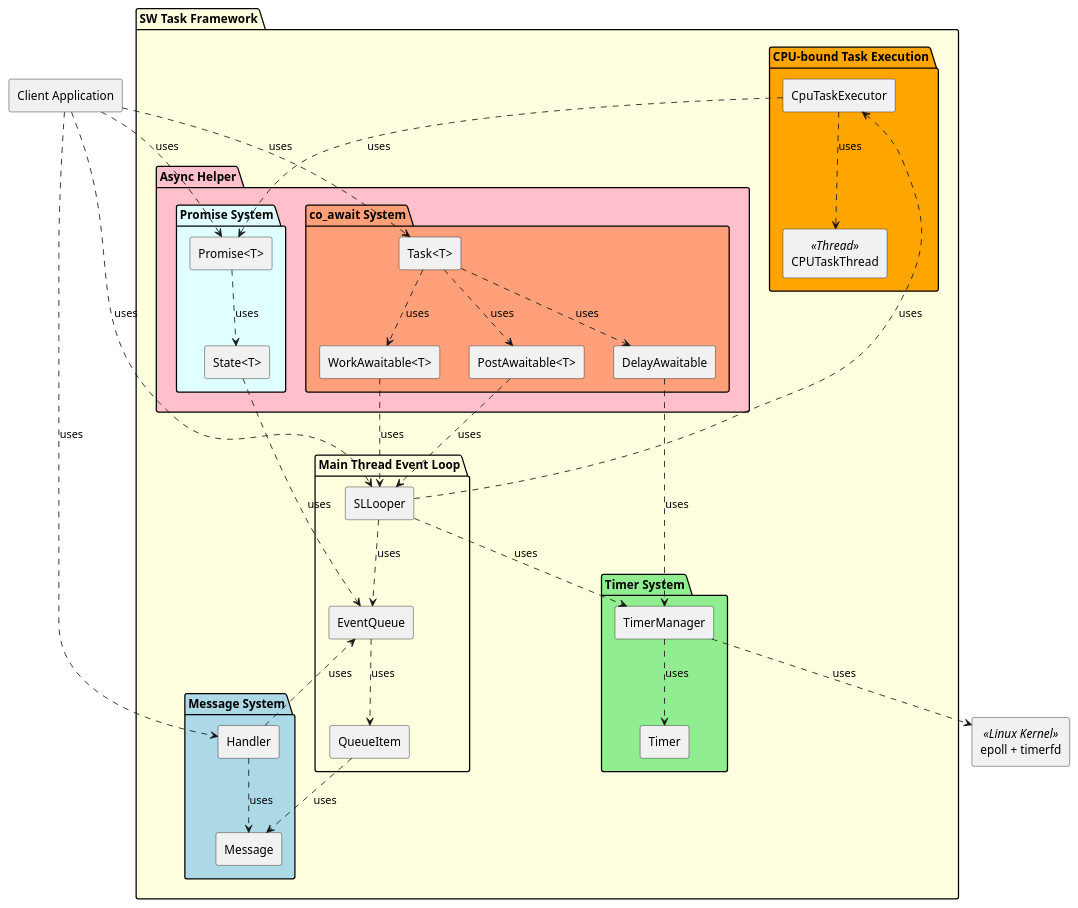
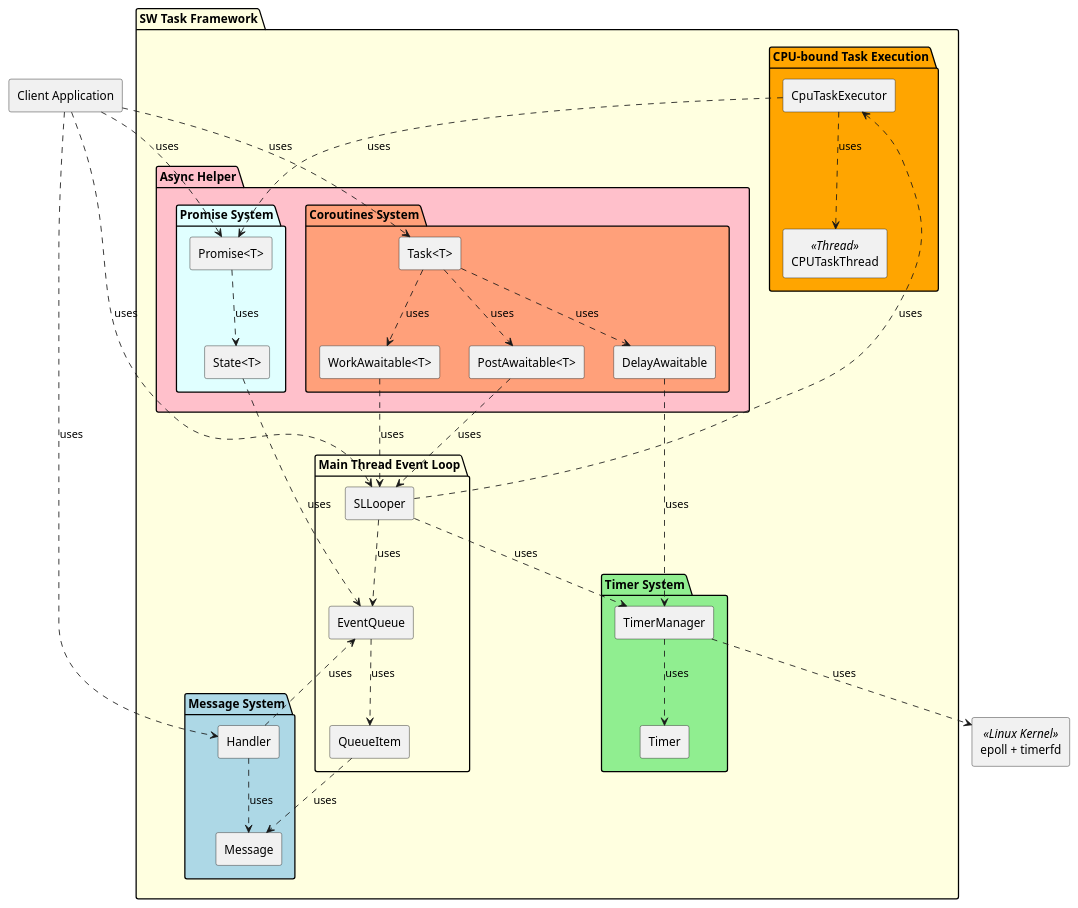
One commit to taikt/sw_task changed the third of 3 diagrams in doc/design/sw_task/overall.puml. Above: the diagram before and after it, drawn with PlantUML. The commit also changed 6 other files, not shown here.

```diff
--- a/doc/design/sw_task/overall.puml
+++ b/doc/design/sw_task/overall.puml
@@ -148,80 +148,80 @@
 @startuml
 
 rectangle "Client Application" as Client 
 rectangle "epoll + timerfd" as EpollFd <<Linux Kernel>>
 
 package "SW Task Framework" #LightYellow {
     
     package "Main Thread Event Loop" {
         rectangle "SLLooper" as Looper
         rectangle "EventQueue" as Queue
         rectangle "QueueItem" as QueueItem
     }
     
     package "Message System" #LightBlue {
         rectangle "Handler" as Handler
         rectangle "Message" as Message
     }
     
     package "Timer System" #LightGreen {
         rectangle "TimerManager" as TimerMgr
         rectangle "Timer" as Timer
     }
     
     package "CPU-bound Task Execution" #Orange {
         rectangle "CpuTaskExecutor" as CpuExec
         rectangle "CPUTaskThread" as AsyncWorker <<Thread>>
     }
     
     package "Async Helper" #Pink {
         
         package "Promise System" #LightCyan {
             rectangle "Promise<T>" as PromiseMgr
             rectangle "State<T>" as StateMgr
         }
         
-        package "co_await System" #LightSalmon {
+        package "Coroutines System" #LightSalmon {
             rectangle "Task<T>" as TaskMgr
             rectangle "WorkAwaitable<T>" as WorkAwaitable
             rectangle "PostAwaitable<T>" as PostAwaitable
             rectangle "DelayAwaitable" as DelayAwaitable
         }
     }
 }
 
 ' Pure "uses" dependencies only
 Client ..> Looper : uses
 Client ..> Handler : uses
 Client ..> PromiseMgr : uses
 Client ..> TaskMgr : uses
 
 Looper ..> Queue : uses
 Looper ..> TimerMgr : uses
 Looper ..> CpuExec : uses
 
 Queue ..> QueueItem : uses
 
 QueueItem ..> Message : uses
 
 Handler ..> Message : uses
 Handler ..> Queue : uses
 
 TimerMgr ..> Timer : uses
 TimerMgr ..> EpollFd : uses
 
 CpuExec ..> PromiseMgr : uses
 CpuExec ..> AsyncWorker : uses
 
 ' Promise System dependencies
 PromiseMgr ..> StateMgr : uses
 StateMgr ..> Queue : uses
 
 ' co_await System dependencies
 TaskMgr ..> WorkAwaitable : uses
 TaskMgr ..> PostAwaitable : uses
 TaskMgr ..> DelayAwaitable : uses
 WorkAwaitable ..> Looper : uses
 PostAwaitable ..> Looper : uses
 DelayAwaitable ..> TimerMgr : uses
 
 @enduml
```
